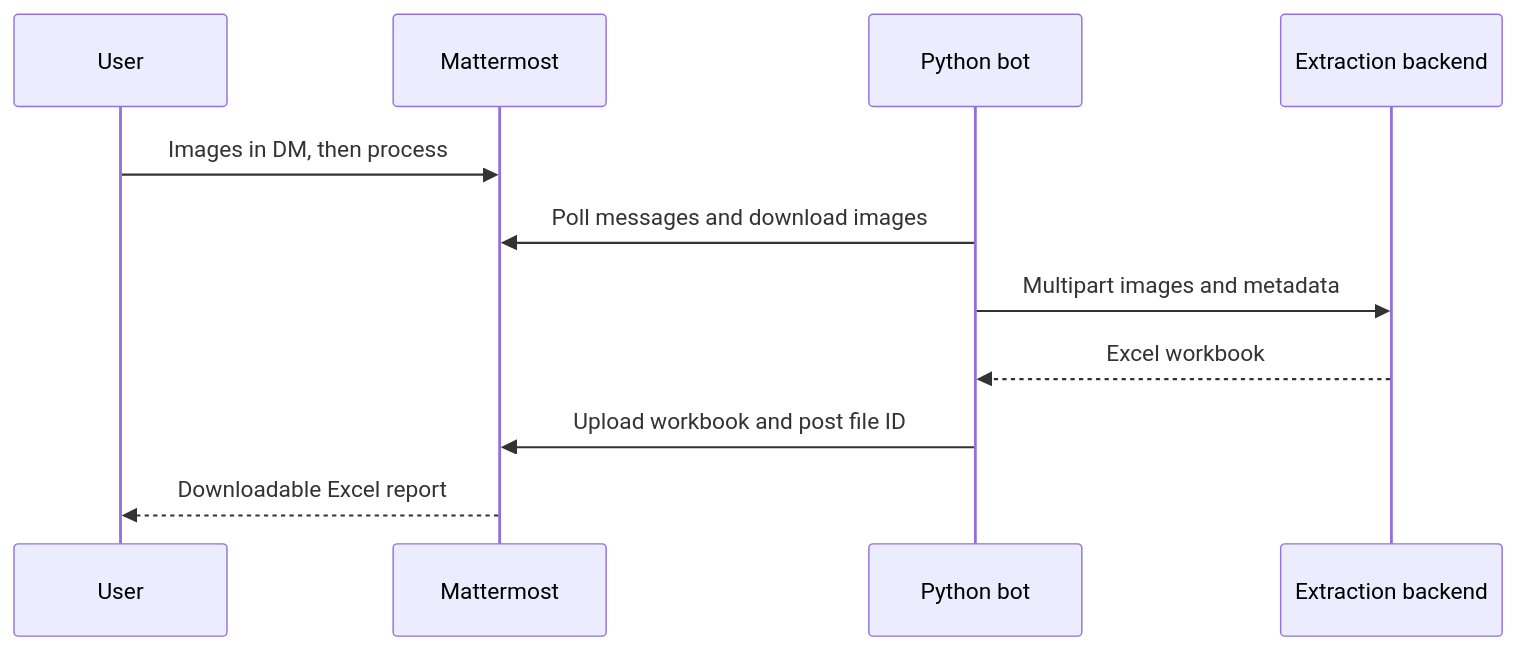
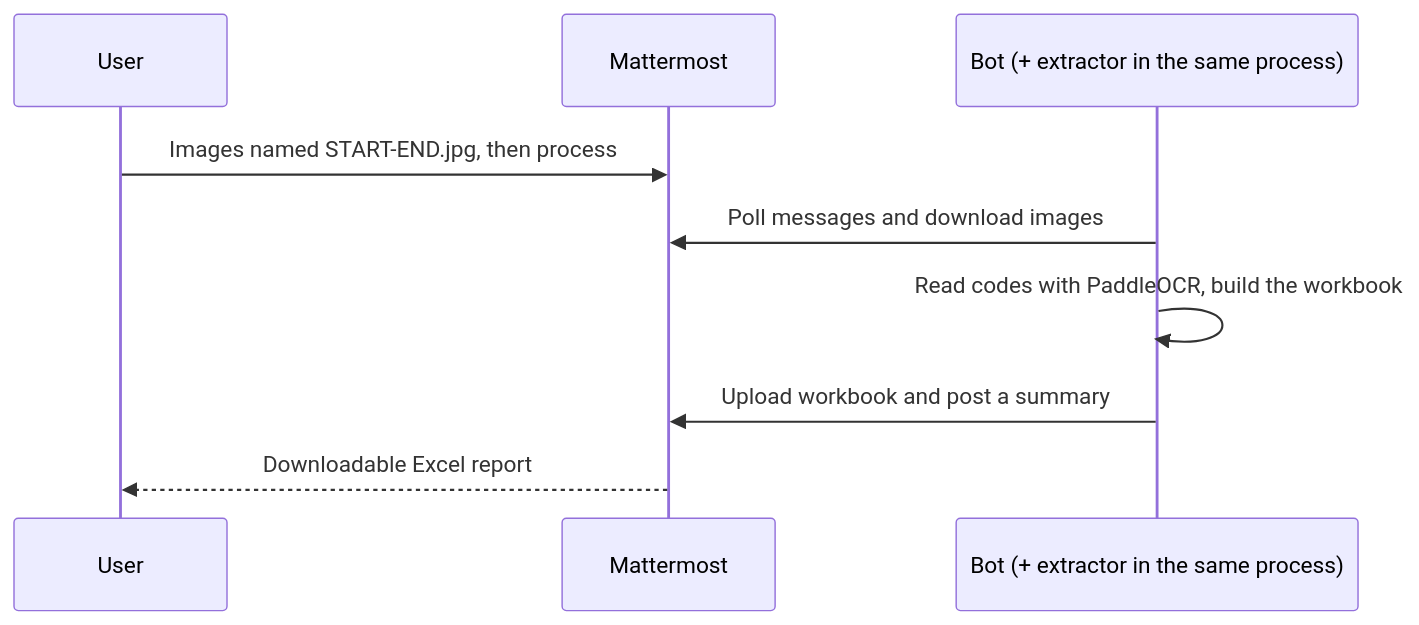
One commit to alchkalbasi/Pixel2Num changed the diagram in README.md. Above: the diagram before and after it, drawn with Mermaid. The commit also changed other lines of this file and 18 other files, not shown here.

Commit message:
Change some naming file: api >>> bot_toolbox, extractor >>> bridge and delete backend-contract.md

````diff
--- a/README.md
+++ b/README.md
@@ -7,13 +7,11 @@
 ```mermaid
 sequenceDiagram
     participant U as User
     participant M as Mattermost
-    participant B as Python bot
-    participant A as Extraction backend
-    U->>M: Images in DM, then process
+    participant B as Bot (+ extractor in the same process)
+    U->>M: Images named START-END.jpg, then process
     B->>M: Poll messages and download images
-    B->>A: Multipart images and metadata
-    A-->>B: Excel workbook
-    B->>M: Upload workbook and post file ID
+    B->>B: Read codes with PaddleOCR, build the workbook
+    B->>M: Upload workbook and post a summary
     M-->>U: Downloadable Excel report
 ```
````
